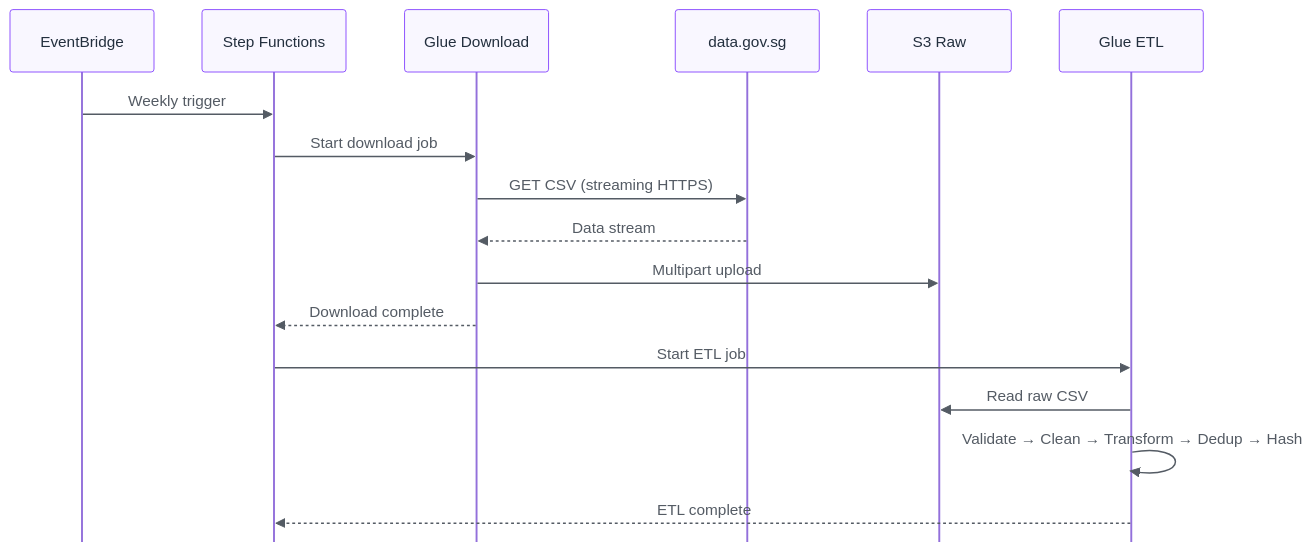
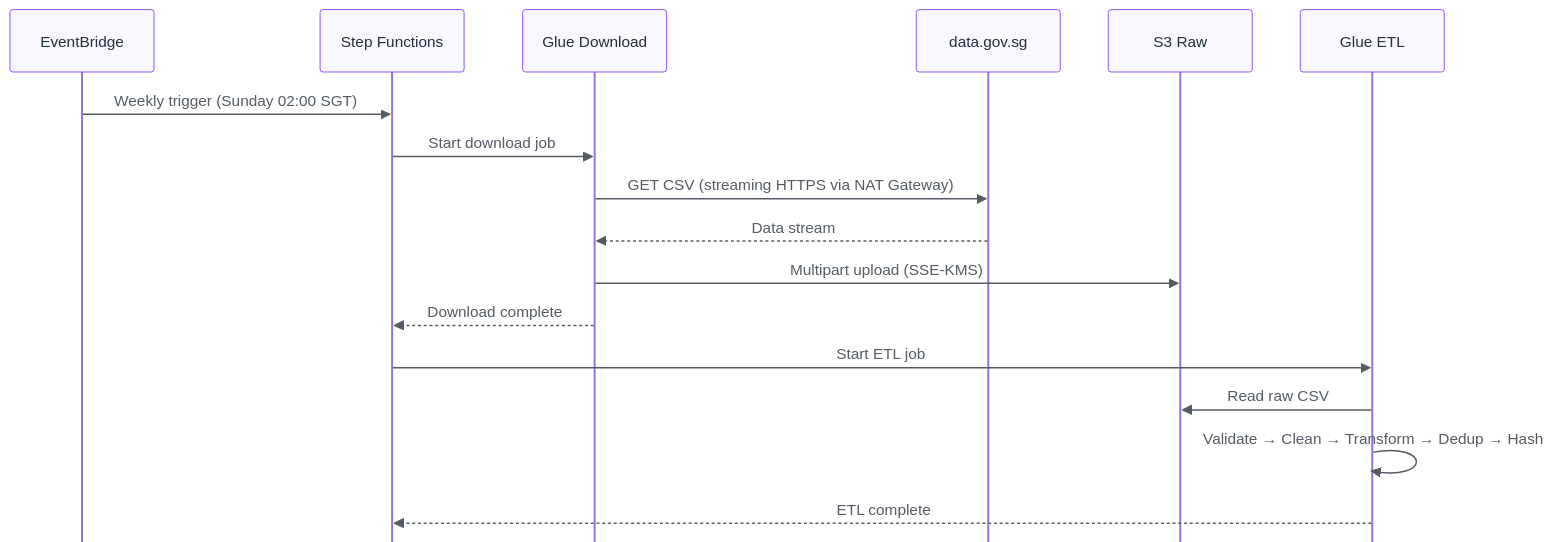
Before and after one commit to jxhnthan/HDB: the second of 5 diagrams in architecture/ARCHITECTURE.md, drawn with Mermaid. The commit also changed other lines of this file and 1 other file, not shown here.

````diff
--- a/architecture/ARCHITECTURE.md
+++ b/architecture/ARCHITECTURE.md
@@ -78,21 +94,21 @@
 ```mermaid
 %%{init: {"sequence": {"mirrorActors": false, "bottomMarginAdj": 0}, "themeVariables": {"actorBorder": "#8c4fff", "actorTextColor": "#232f3e", "actorBkg": "#f9f7ff", "signalColor": "#545b64", "signalTextColor": "#545b64"}}}%%
 sequenceDiagram
     participant EB as EventBridge
     participant SF as Step Functions
     participant G1 as Glue Download
     participant DGS as data.gov.sg
     participant S3R as S3 Raw
     participant G2 as Glue ETL
 
-    EB->>SF: Weekly trigger
+    EB->>SF: Weekly trigger (Sunday 02:00 SGT)
     SF->>G1: Start download job
-    G1->>DGS: GET CSV (streaming HTTPS)
+    G1->>DGS: GET CSV (streaming HTTPS via NAT Gateway)
     DGS-->>G1: Data stream
-    G1->>S3R: Multipart upload
+    G1->>S3R: Multipart upload (SSE-KMS)
     G1-->>SF: Download complete
     SF->>G2: Start ETL job
     G2->>S3R: Read raw CSV
     G2->>G2: Validate → Clean → Transform → Dedup → Hash
     G2-->>SF: ETL complete
 ```
````
